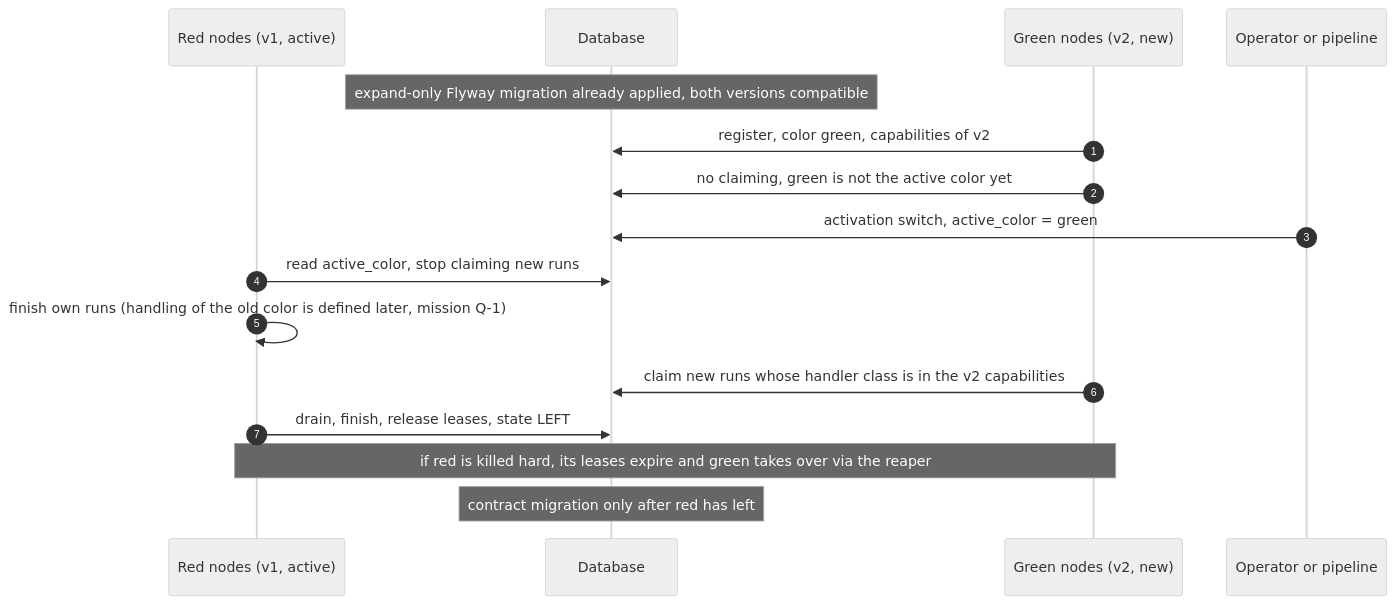
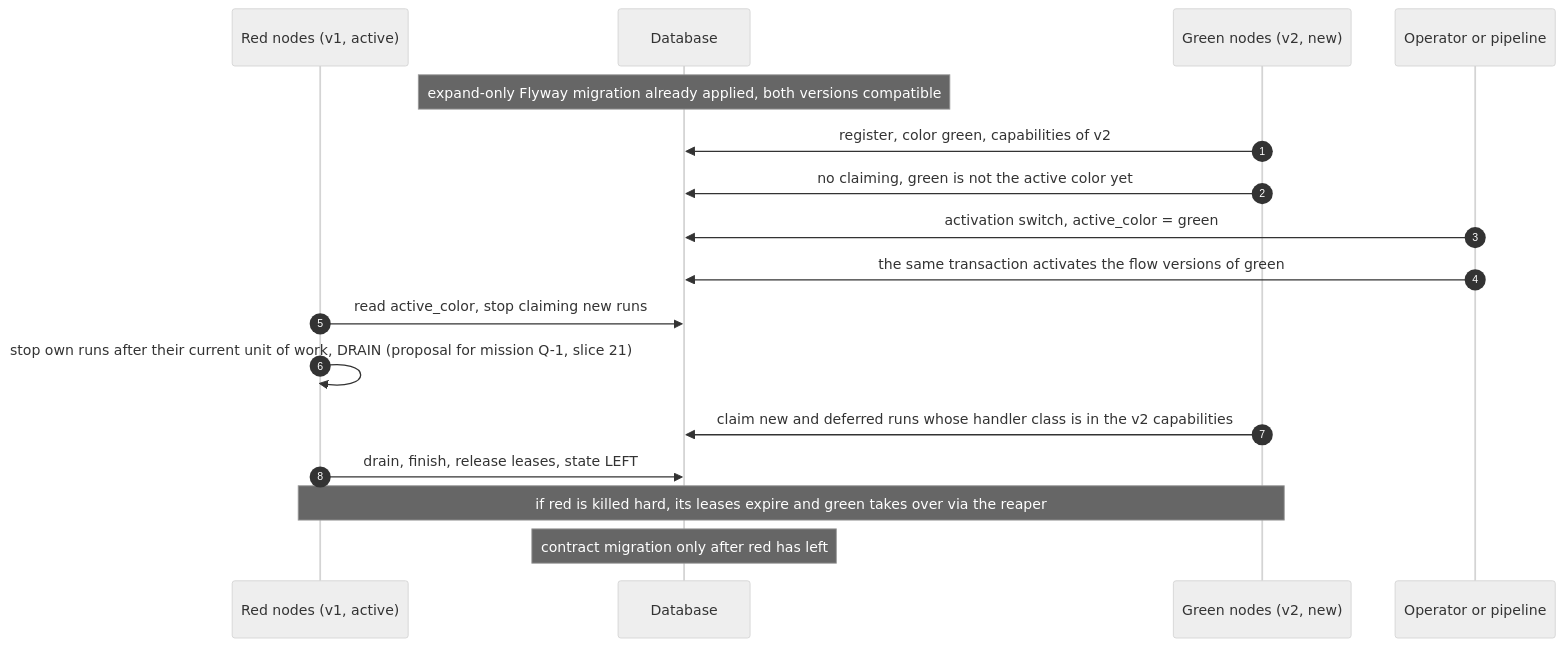
The tenth of 11 diagrams in docs/design/05-coordination-flows.md (os890/poc-distributed-task-processing), drawn with Mermaid (neutral theme) before and after one commit. The commit also changed 32 other files, not shown here.

First line of the commit message:
Slice 21: red/green deployments with an activation switch

````diff
--- a/docs/design/05-coordination-flows.md
+++ b/docs/design/05-coordination-flows.md
@@ -279,19 +279,20 @@
 ```mermaid
 sequenceDiagram
     autonumber
     participant G as Red nodes (v1, active)
     participant DB as Database
     participant BL as Green nodes (v2, new)
     participant OPS as Operator or pipeline
 
     Note over DB: expand-only Flyway migration already applied, both versions compatible
     BL->>DB: register, color green, capabilities of v2
     BL->>DB: no claiming, green is not the active color yet
     OPS->>DB: activation switch, active_color = green
+    OPS->>DB: the same transaction activates the flow versions of green
     G->>DB: read active_color, stop claiming new runs
-    G->>G: finish own runs (handling of the old color is defined later, mission Q-1)
-    BL->>DB: claim new runs whose handler class is in the v2 capabilities
+    G->>G: stop own runs after their current unit of work, DRAIN (proposal for mission Q-1, slice 21)
+    BL->>DB: claim new and deferred runs whose handler class is in the v2 capabilities
     G->>DB: drain, finish, release leases, state LEFT
     Note over G,BL: if red is killed hard, its leases expire and green takes over via the reaper
     Note over DB: contract migration only after red has left
 ```
````
